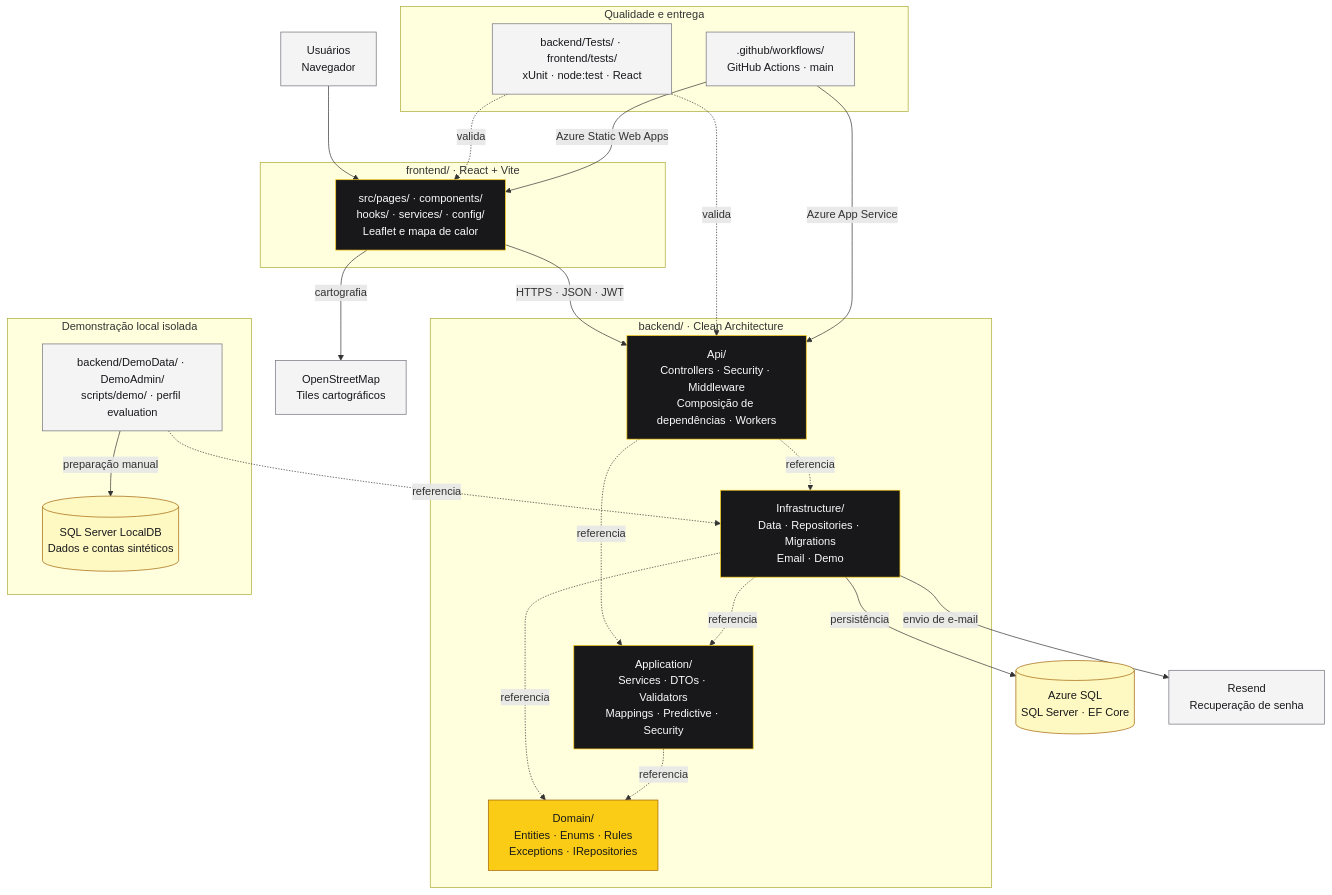
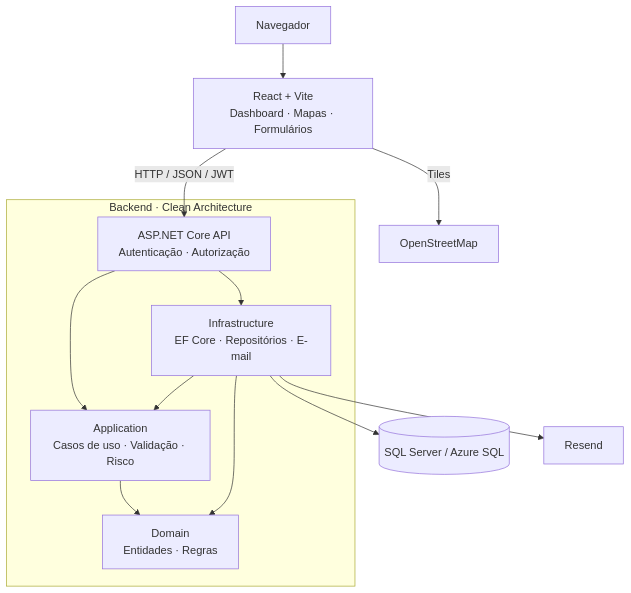
The diagram in README.md (yBreno/S.E.N.T.R.A), drawn with Mermaid before and after one commit. The commit also changed other lines of this file, not shown here.

````diff
--- a/README.md
+++ b/README.md
@@ -47,57 +59,17 @@
 ```mermaid
 flowchart TB
-  USER["Usuários<br/>Navegador"]
+    USER["Navegador"] --> FRONT["React + Vite<br/>Dashboard · Mapas · Formulários"]
+    FRONT -->|"HTTP / JSON / JWT"| API["ASP.NET Core API<br/>Autenticação · Autorização"]
+    FRONT -->|"Tiles"| MAP["OpenStreetMap"]
 
-  subgraph FRONT["frontend/ · React + Vite"]
-    UI["src/pages/ · components/<br/>hooks/ · services/ · config/<br/>Leaflet e mapa de calor"]
-  end
+    subgraph BACKEND["Backend · Clean Architecture"]
+        API --> APP["Application<br/>Casos de uso · Validação · Risco"]
+        APP --> DOMAIN["Domain<br/>Entidades · Regras"]
+        API --> INFRA["Infrastructure<br/>EF Core · Repositórios · E-mail"]
+        INFRA --> APP
+        INFRA --> DOMAIN
+    end
 
-  subgraph BACK["backend/ · Clean Architecture"]
-    API["Api/<br/>Controllers · Security · Middleware<br/>Composição de dependências · Workers"]
-    APP["Application/<br/>Services · DTOs · Validators<br/>Mappings · Predictive · Security"]
-    INFRA["Infrastructure/<br/>Data · Repositories · Migrations<br/>Email · Demo"]
-    DOMAIN["Domain/<br/>Entities · Enums · Rules<br/>Exceptions · IRepositories"]
-
-    API -.->|referencia| APP
-    API -.->|referencia| INFRA
-    INFRA -.->|referencia| APP
-    INFRA -.->|referencia| DOMAIN
-    APP -.->|referencia| DOMAIN
-  end
-
-  subgraph DELIVERY["Qualidade e entrega"]
-    TESTS["backend/Tests/ · frontend/tests/<br/>xUnit · node:test · React"]
-    CI[".github/workflows/<br/>GitHub Actions · main"]
-  end
-
-  subgraph DEMO["Demonstração local isolada"]
-    TOOLS["backend/DemoData/ · DemoAdmin/<br/>scripts/demo/ · perfil evaluation"]
-    LOCAL[("SQL Server LocalDB<br/>Dados e contas sintéticos")]
-    TOOLS -->|preparação manual| LOCAL
-  end
-
-  SQL[("Azure SQL<br/>SQL Server · EF Core")]
-  MAIL["Resend<br/>Recuperação de senha"]
-  MAP["OpenStreetMap<br/>Tiles cartográficos"]
-
-  USER --> UI
-  UI -->|HTTPS · JSON · JWT| API
-  UI -->|cartografia| MAP
-  INFRA -->|persistência| SQL
-  INFRA -->|envio de e-mail| MAIL
-  TOOLS -.->|referencia| INFRA
-  TESTS -.->|valida| UI
-  TESTS -.->|valida| API
-  CI -->|Azure Static Web Apps| UI
-  CI -->|Azure App Service| API
-
-  classDef interface fill:#18181b,stroke:#facc15,color:#fafafa
-  classDef core fill:#facc15,stroke:#a16207,color:#18181b
-  classDef support fill:#f4f4f5,stroke:#71717a,color:#18181b
-  classDef data fill:#fef9c3,stroke:#a16207,color:#18181b
-
-  class UI,API,APP,INFRA interface
-  class DOMAIN core
-  class USER,TESTS,CI,TOOLS,MAIL,MAP support
-  class SQL,LOCAL data
+    INFRA --> DB[("SQL Server / Azure SQL")]
+    INFRA --> MAIL["Resend"]
 ```
````
